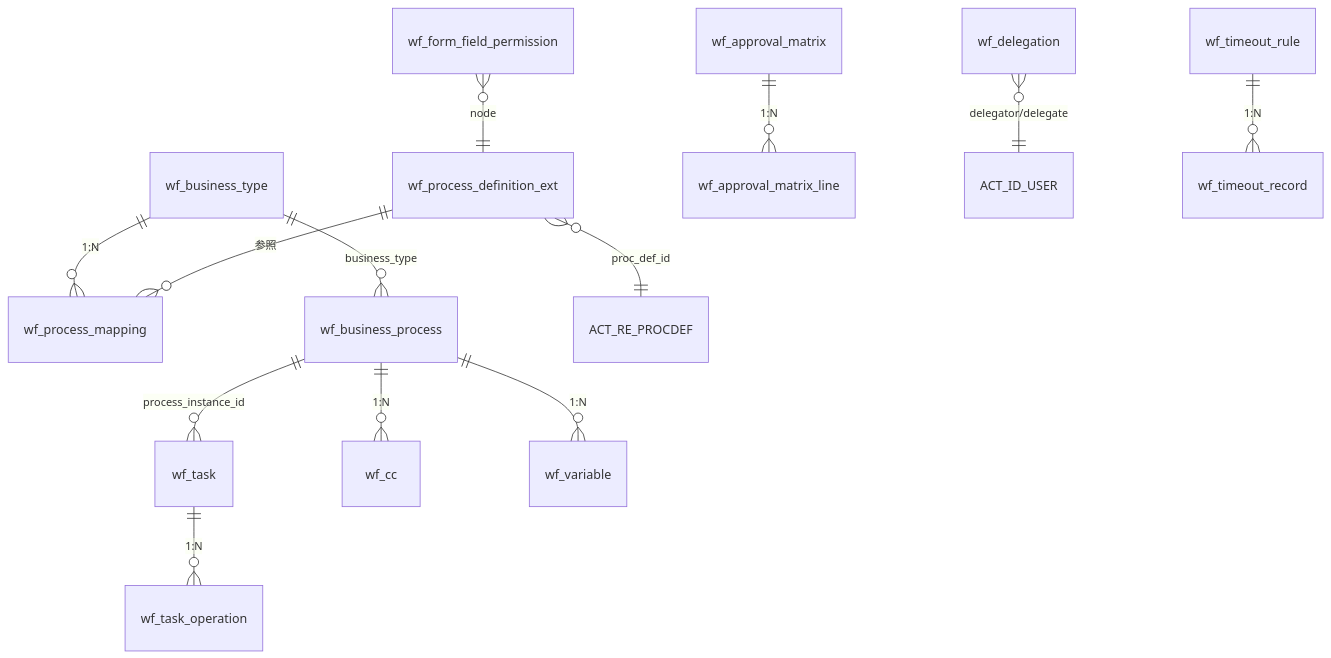
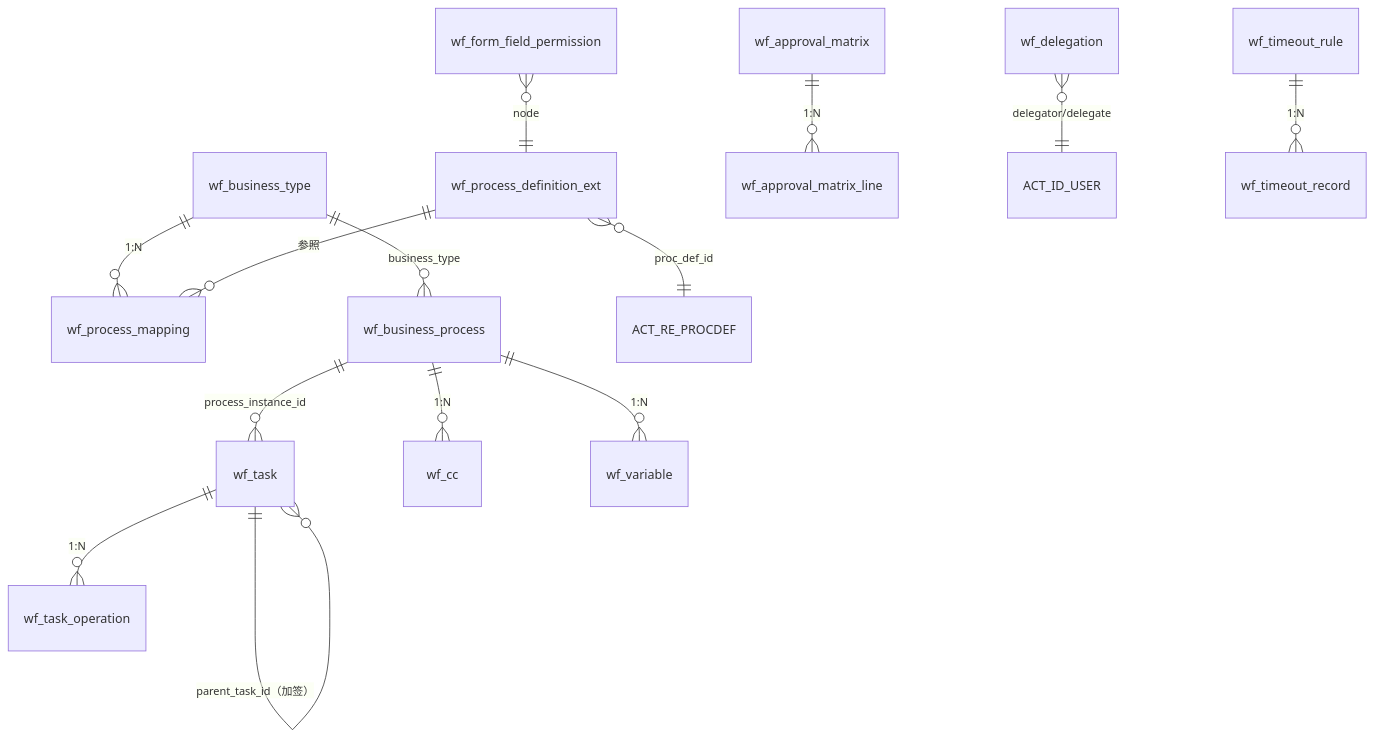
The diagram in docs/design/08-workflow/90-db-design.md (Akarin7784/stellar-erp), drawn with Mermaid before and after one commit. The commit also changed other lines of this file and 2 other files, not shown here.

Commit message:
docs(workflow): DDL 整备——唯一索引 tenant_id 先头、T 套去 deleted 条件、删重复 company_id、RLS、CHECK、wf_task.parent_task_id

````diff
--- a/docs/design/08-workflow/90-db-design.md
+++ b/docs/design/08-workflow/90-db-design.md
@@ -45,15 +47,16 @@
 ```mermaid
 erDiagram
     wf_business_type ||--o{ wf_process_mapping : "1:N"
     wf_process_definition_ext ||--o{ wf_process_mapping : "参照"
     wf_approval_matrix ||--o{ wf_approval_matrix_line : "1:N"
     wf_business_type ||--o{ wf_business_process : "business_type"
     wf_business_process ||--o{ wf_task : "process_instance_id"
     wf_task ||--o{ wf_task_operation : "1:N"
+    wf_task ||--o{ wf_task : "parent_task_id（加签）"
     wf_business_process ||--o{ wf_cc : "1:N"
     wf_business_process ||--o{ wf_variable : "1:N"
     wf_delegation }o--|| ACT_ID_USER : "delegator/delegate"
     wf_process_definition_ext }o--|| ACT_RE_PROCDEF : "proc_def_id"
     wf_form_field_permission }o--|| wf_process_definition_ext : "node"
     wf_timeout_rule ||--o{ wf_timeout_record : "1:N"
 ```
````
